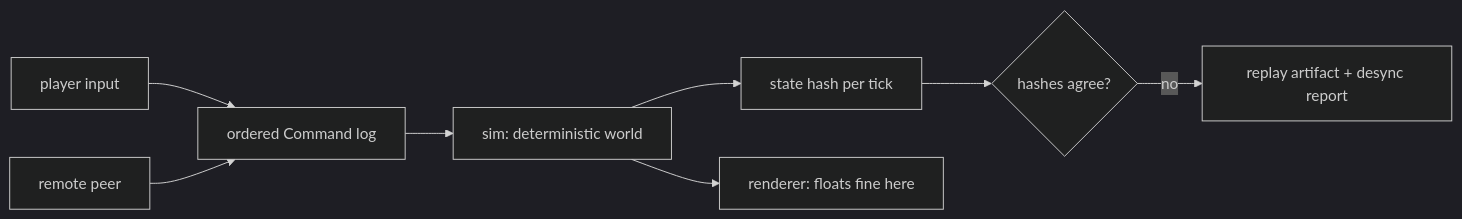
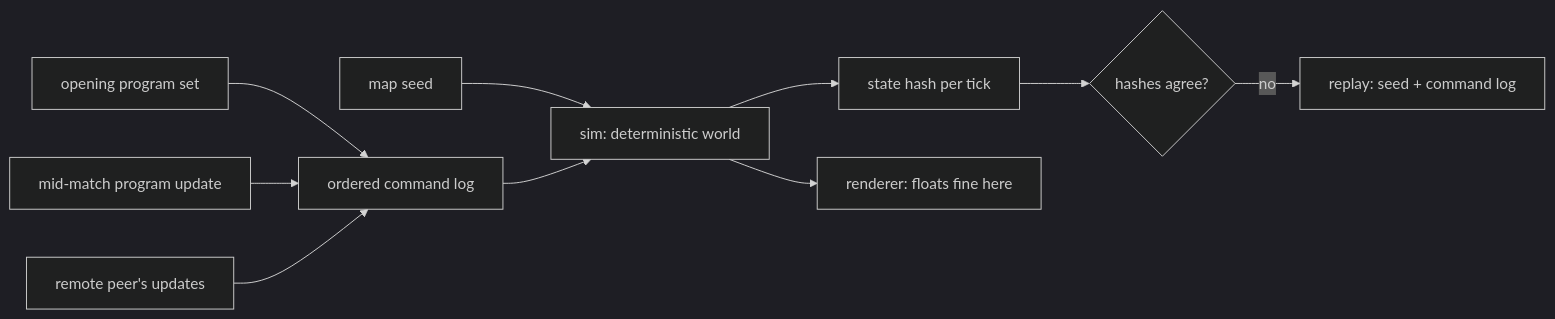
One commit to mmmtastymmm/programming-game-planned-2 changed the diagram in docs/00-overview.md. Above: the diagram before and after it, drawn with Mermaid (dark theme). The commit also changed other lines of this file and 5 other files, not shown here.

````diff
--- a/docs/00-overview.md
+++ b/docs/00-overview.md
@@ -22,10 +25,12 @@
 ```mermaid
 flowchart LR
-  input["player input"] --> cmd["ordered Command log"]
-  peer["remote peer"] --> cmd
-  cmd --> sim["sim: deterministic world"]
+  seed["map seed"] --> sim["sim: deterministic world"]
+  progs["opening program set"] --> log["ordered command log"]
+  edit["mid-match program update"] --> log
+  peer["remote peer's updates"] --> log
+  log --> sim
   sim --> hash["state hash per tick"]
   sim --> render["renderer: floats fine here"]
   hash --> desync{"hashes agree?"}
-  desync -->|no| report["replay artifact + desync report"]
+  desync -->|no| report["replay: seed + command log"]
 ```
````
